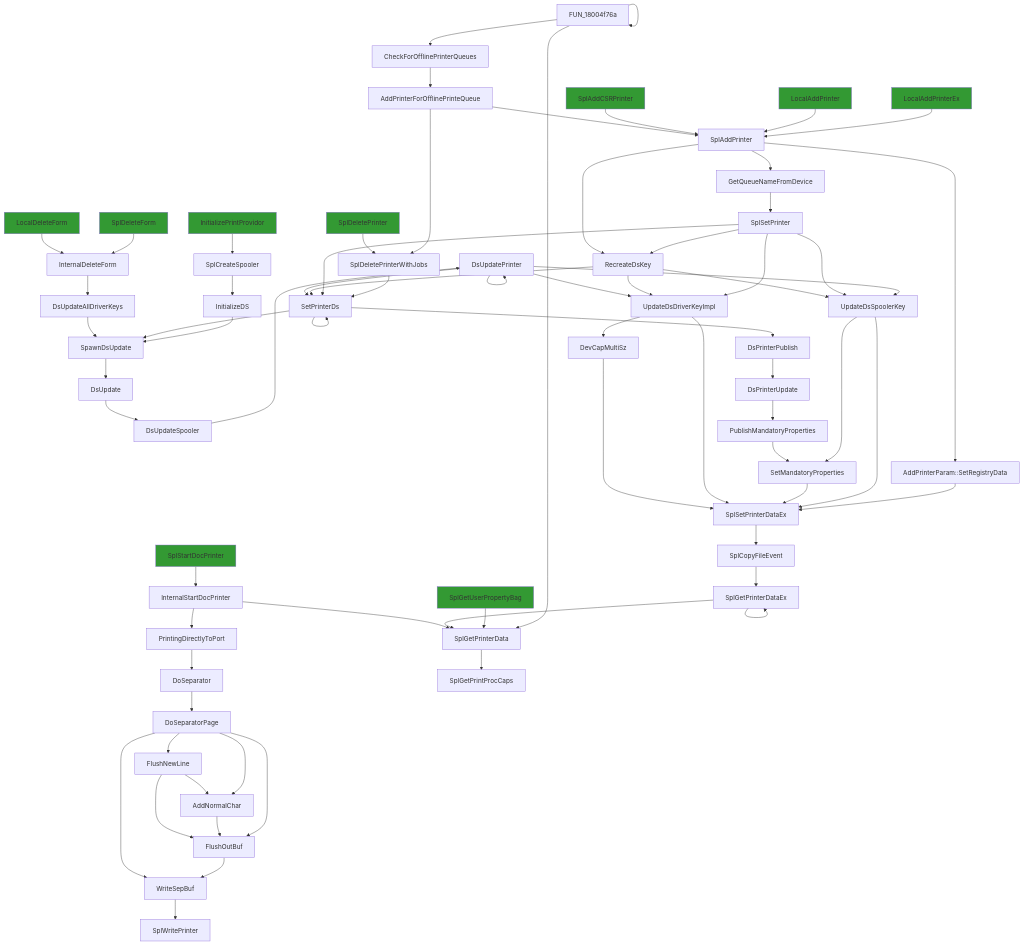
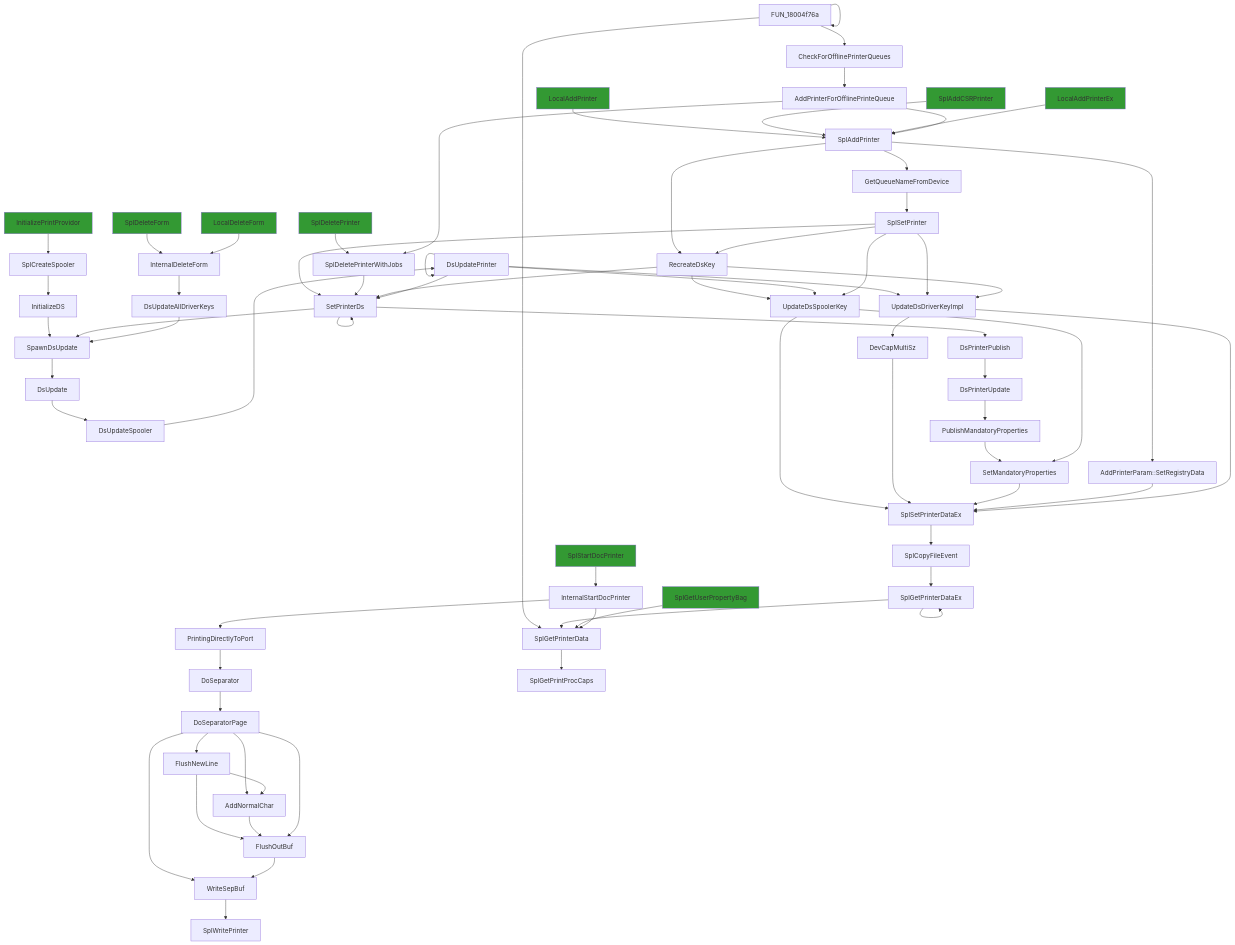
The first of 4 diagrams in .callgraphs/localspl.dll.x64.10.0.22000.376/SplGetPrintProcCaps.flow.md (clearbluejar/ghidra-pyhidra-callgraphs), drawn with Mermaid before and after one commit. The commit also changed other lines of this file and 15 other files, not shown here.

Commit message:
update with mermaid live links

````diff
--- a/.callgraphs/localspl.dll.x64.10.0.22000.376/SplGetPrintProcCaps.flow.md
+++ b/.callgraphs/localspl.dll.x64.10.0.22000.376/SplGetPrintProcCaps.flow.md
@@ -8,74 +12,74 @@
 ```mermaid
 flowchart TD
 classDef shaded fill:#339933
-22["DsUpdateAllDriverKeys"] --> 21
+43["PublishMandatoryProperties"] --> 14
+15 --> 13
+8["InternalStartDocPrinter"] --> 7
+37["InternalDeleteForm"] --> 36
+5 --> 3
+40["InitializeDS"] --> 21
+16 --> 16
+16 --> 18["UpdateDsDriverKeyImpl"]
+28 --> 28
+39["SplDeleteForm"]:::shaded --> 37
+45 --> 13
+26 --> 29
+5 --> 0
+35 --> 17
+12["SplCopyFileEvent"] --> 11
+23["SplDeletePrinterWithJobs"] --> 17
+26 --> 31["AddPrinterParam::SetRegistryData"]
+28["FUN_18004f76a"] --> 27
+24["SplDeletePrinter"]:::shaded --> 23
 20["DsUpdate"] --> 19
+28 --> 9
+44["DsPrinterUpdate"] --> 43
+9 --> 46["SplGetPrintProcCaps"]
+6["DoSeparator"] --> 5
+11["SplGetPrinterDataEx"] --> 9
+17 --> 17
+14["SetMandatoryProperties"] --> 13
+25["AddPrinterForOfflinePrinteQueue"] --> 23
+29 --> 15
+47["SplGetUserPropertyBag"]:::shaded --> 9
+4 --> 2
+8 --> 9["SplGetPrinterData"]
+17 --> 22["DsPrinterPublish"]
+32["LocalAddPrinter"]:::shaded --> 26
+34["SplAddCSRPrinter"]:::shaded --> 26
+42["InitializePrintProvidor"]:::shaded --> 41
+2["FlushOutBuf"] --> 0
 17 --> 21
-12["SplCopyFileEvent"] --> 11
+31 --> 13
+3["AddNormalChar"] --> 2
+5["DoSeparatorPage"] --> 4
+5 --> 2
+15["UpdateDsSpoolerKey"] --> 14
+18 --> 13
+13["SplSetPrinterDataEx"] --> 12
+35 --> 18
+29["RecreateDsKey"] --> 17
+26 --> 30["GetQueueNameFromDevice"]
+10["SplStartDocPrinter"]:::shaded --> 8
+16 --> 17["SetPrinterDs"]
+21["SpawnDsUpdate"] --> 20
+33["LocalAddPrinterEx"]:::shaded --> 26
+7["PrintingDirectlyToPort"] --> 6
+30 --> 35
+41["SplCreateSpooler"] --> 40
+16["DsUpdatePrinter"] --> 15
+22 --> 44
+27["CheckForOfflinePrinterQueues"] --> 25
+35["SplSetPrinter"] --> 29
+36["DsUpdateAllDriverKeys"] --> 21
+4["FlushNewLine"] --> 3
+29 --> 18
+35 --> 15
+0["WriteSepBuf"] --> 1["SplWritePrinter"]
+11 --> 11
+19["DsUpdateSpooler"] --> 16
+25 --> 26["SplAddPrinter"]
 18 --> 45["DevCapMultiSz"]
-45 --> 13
-2["DoSeparatorPage"] --> 0
-6["DoSeparator"] --> 2
-16 --> 17["SetPrinterDs"]
-31["SplAddPrinter"] --> 30
-30 --> 14
-17 --> 17
-40["FUN_18004f76a"] --> 39
-0["WriteSepBuf"] --> 1["SplWritePrinter"]
-3 --> 5
-16 --> 16
-32 --> 41
-2 --> 3["FlushNewLine"]
-41["SplSetPrinter"] --> 30
-42["SplDeletePrinter"]:::shaded --> 38
-4 --> 5
-37["AddPrinterForOfflinePrinteQueue"] --> 31
-13["SplSetPrinterDataEx"] --> 12
-8["InternalStartDocPrinter"] --> 7
-11 --> 11
-18 --> 13
-16 --> 18["UpdateDsDriverKeyImpl"]
-30["RecreateDsKey"] --> 17
-41 --> 14
-29 --> 44
-7["PrintingDirectlyToPort"] --> 6
-17 --> 29["DsPrinterPublish"]
-3 --> 4
-24["LocalDeleteForm"]:::shaded --> 23
-21["SpawnDsUpdate"] --> 20
-41 --> 17
-26["InitializeDS"] --> 21
-2 --> 5["FlushOutBuf"]
-5 --> 0
-28["InitializePrintProvidor"]:::shaded --> 27
-10["SplStartDocPrinter"]:::shaded --> 8
-23["InternalDeleteForm"] --> 22
-8 --> 9["SplGetPrinterData"]
-11["SplGetPrinterDataEx"] --> 9
-37 --> 38["SplDeletePrinterWithJobs"]
-44["DsPrinterUpdate"] --> 43
-43["PublishMandatoryProperties"] --> 15
-39["CheckForOfflinePrinterQueues"] --> 37
-15 --> 13
-19["DsUpdateSpooler"] --> 16
-31 --> 32["GetQueueNameFromDevice"]
-31 --> 33["AddPrinterParam::SetRegistryData"]
-34["SplAddCSRPrinter"]:::shaded --> 31
-27["SplCreateSpooler"] --> 26
-38 --> 17
-9 --> 46["SplGetPrintProcCaps"]
-47["SplGetUserPropertyBag"]:::shaded --> 9
-16["DsUpdatePrinter"] --> 14
-40 --> 9
-35["LocalAddPrinter"]:::shaded --> 31
-30 --> 18
-14["UpdateDsSpoolerKey"] --> 13
-33 --> 13
-40 --> 40
-2 --> 4["AddNormalChar"]
-14 --> 15["SetMandatoryProperties"]
-25["SplDeleteForm"]:::shaded --> 23
-41 --> 18
-36["LocalAddPrinterEx"]:::shaded --> 31
+38["LocalDeleteForm"]:::shaded --> 37
 
 ```
````
